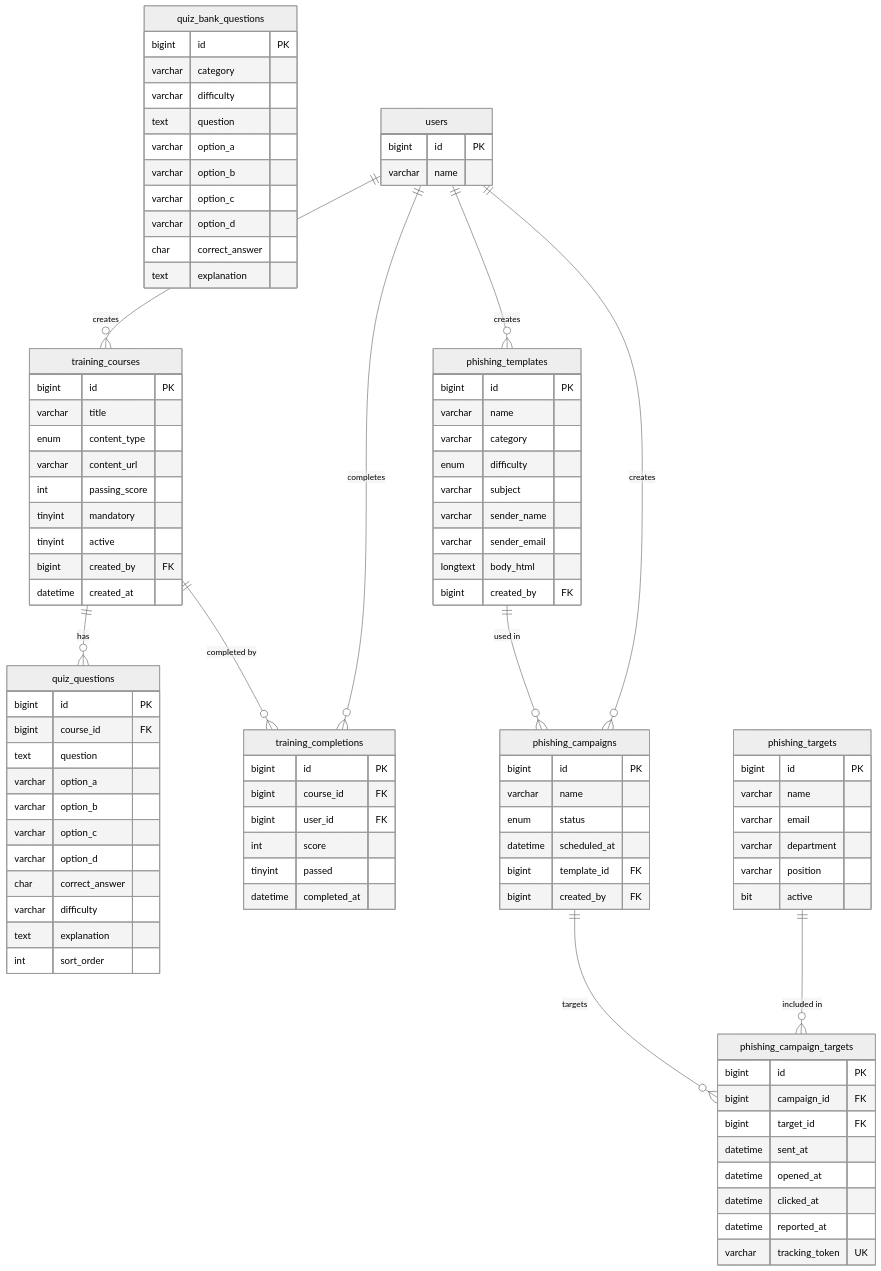
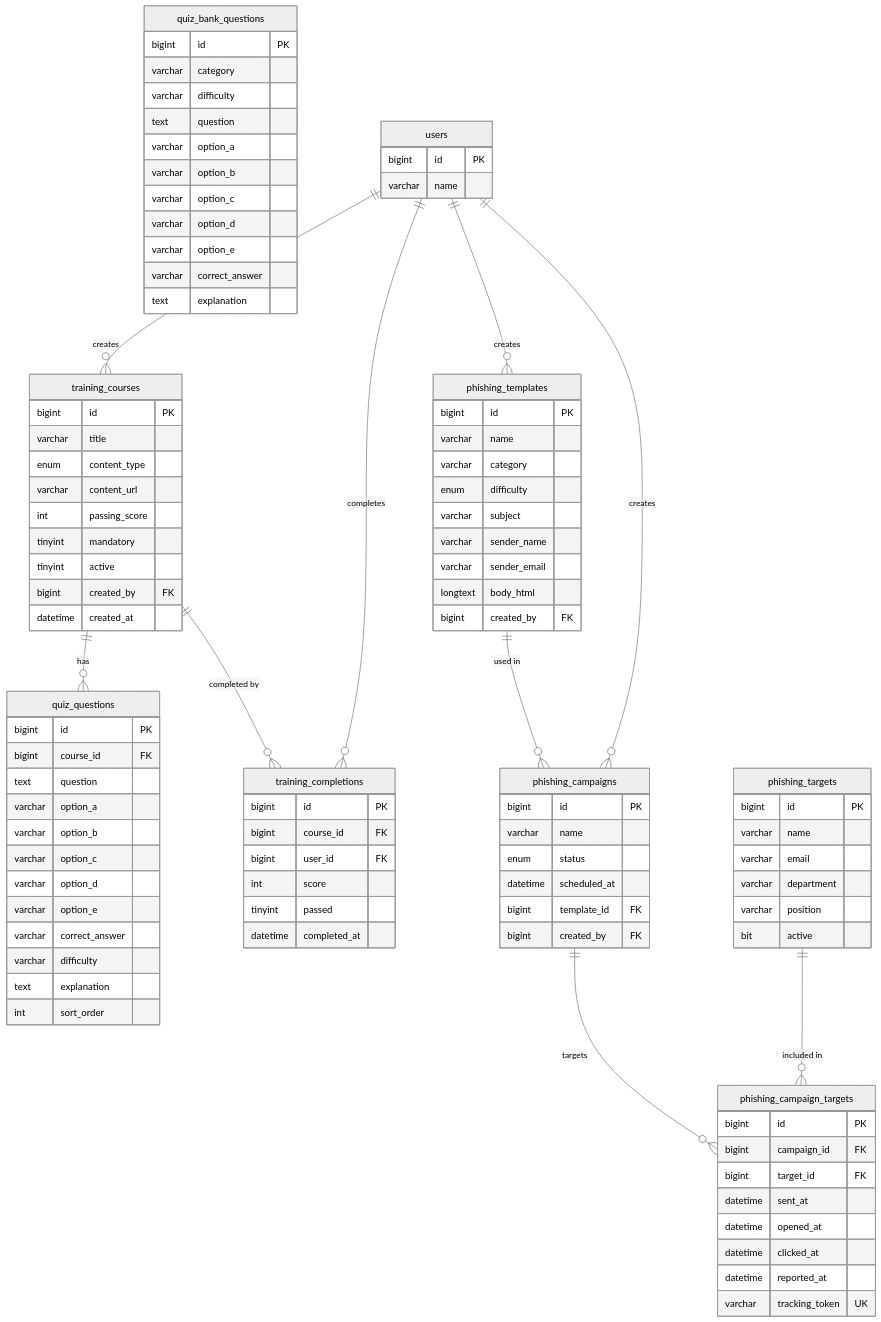
Before and after one commit to monosun/ksecportal: the sixth of 10 diagrams in frontend/public/help/user-manual.md, drawn with Mermaid (neutral theme). The commit also changed other lines of this file and 28 other files, not shown here.

```diff
--- a/frontend/public/help/user-manual.md
+++ b/frontend/public/help/user-manual.md
@@ -2421,7 +2441,8 @@
         varchar option_b
         varchar option_c
         varchar option_d
-        char correct_answer
+        varchar option_e
+        varchar correct_answer
         varchar difficulty
         text explanation
         int sort_order
@@ -2435,7 +2456,8 @@
         varchar option_b
         varchar option_c
         varchar option_d
-        char correct_answer
+        varchar option_e
+        varchar correct_answer
         text explanation
     }
     training_completions {
```
